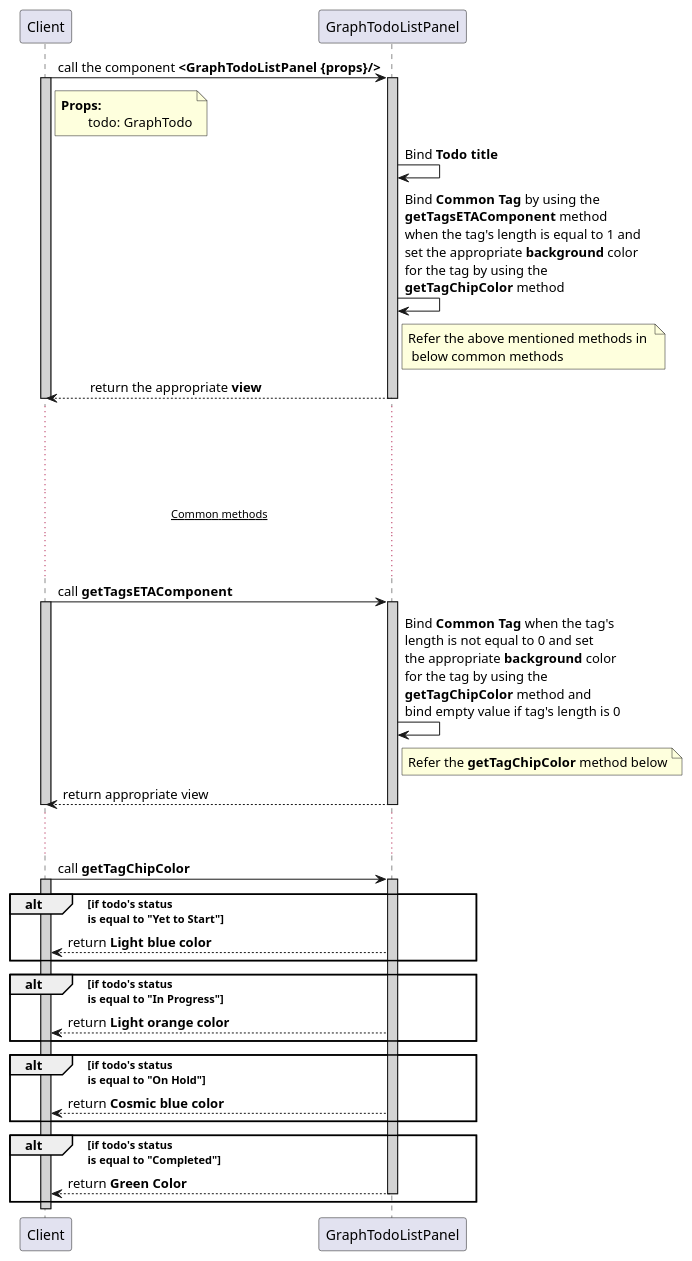
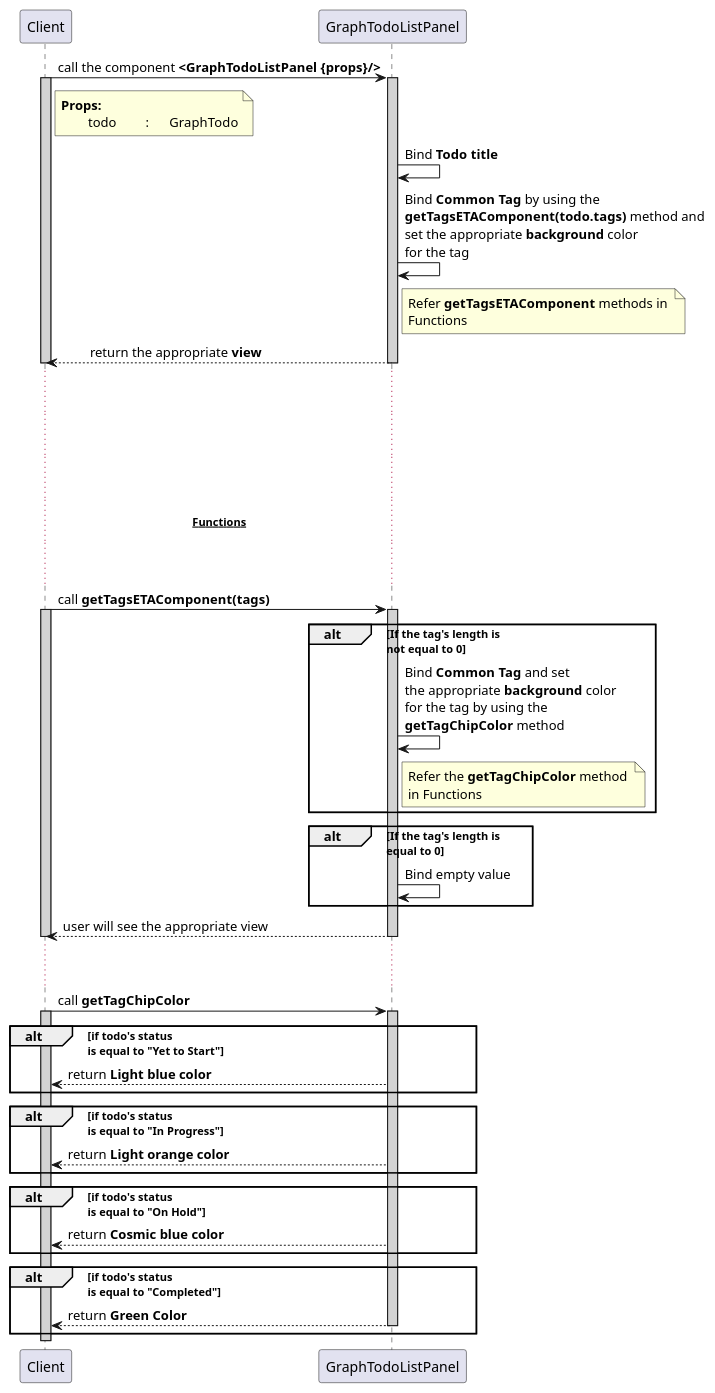
The diagram in frontend/components/graph_todo_list_panel/graph_todo_list_panel.sequence.puml (avasoft-mobility/workday-design), drawn with PlantUML before and after one commit.

Commit message:
Change sentence to if else condition in graph todo list

```diff
--- a/frontend/components/graph_todo_list_panel/graph_todo_list_panel.sequence.puml
+++ b/frontend/components/graph_todo_list_panel/graph_todo_list_panel.sequence.puml
@@ -1,58 +1,67 @@
 @startuml GraphTodoListPanel
 participant Client
 participant GraphTodoListPanel
 
 Client -> GraphTodoListPanel : call the component **<GraphTodoListPanel {props}/>**
 activate Client #D3D3D3
 activate GraphTodoListPanel #D3D3D3
 
-note right of Client:**Props:** \n\ttodo: GraphTodo
+note right of Client:**Props:** \n\ttodo\t : \tGraphTodo
 
 GraphTodoListPanel -> GraphTodoListPanel : Bind **Todo title**
-GraphTodoListPanel -> GraphTodoListPanel : Bind **Common Tag** by using the\n**getTagsETAComponent** method \nwhen the tag's length is equal to 1 and \nset the appropriate **background** color \nfor the tag by using the \n**getTagChipColor** method 
-note right of GraphTodoListPanel : Refer the above mentioned methods in \n below common methods
+
+GraphTodoListPanel -> GraphTodoListPanel : Bind **Common Tag** by using the\n**getTagsETAComponent(todo.tags)** method and \nset the appropriate **background** color \nfor the tag
+note right of GraphTodoListPanel : Refer **getTagsETAComponent** methods in \nFunctions
 
 Client <-- GraphTodoListPanel : \treturn the appropriate **view**
 deactivate GraphTodoListPanel
 deactivate Client
 
 ... ...
 ... ...
-...~~Common methods~~...
+... ...
+...~~**Functions**~~...
 ... ...
 
-Client -> GraphTodoListPanel: call **getTagsETAComponent**
+Client -> GraphTodoListPanel: call **getTagsETAComponent(tags)**
 activate Client #D3D3D3
 activate GraphTodoListPanel #D3D3D3
 
-GraphTodoListPanel -> GraphTodoListPanel : Bind **Common Tag** when the tag's \nlength is not equal to 0 and set \nthe appropriate **background** color \nfor the tag by using the \n**getTagChipColor** method and \nbind empty value if tag's length is 0 
-note right of GraphTodoListPanel : Refer the **getTagChipColor** method below 
-GraphTodoListPanel --> Client: return appropriate view
+alt If the tag's length is \nnot equal to 0
+    GraphTodoListPanel -> GraphTodoListPanel : Bind **Common Tag** and set \nthe appropriate **background** color \nfor the tag by using the \n**getTagChipColor** method
+    note right of GraphTodoListPanel : Refer the **getTagChipColor** method \nin Functions 
+end
+
+alt If the tag's length is \nequal to 0
+    GraphTodoListPanel -> GraphTodoListPanel : Bind empty value
+end
+
+GraphTodoListPanel --> Client: user will see the appropriate view
 deactivate GraphTodoListPanel
 deactivate Client
 ... ...
 
 Client -> GraphTodoListPanel: call **getTagChipColor**
 activate Client #D3D3D3
 activate GraphTodoListPanel #D3D3D3
 
 alt if todo's status \nis equal to "Yet to Start"
     GraphTodoListPanel --> Client : return **Light blue color**
 end
 
 alt if todo's status \nis equal to "In Progress"
     GraphTodoListPanel --> Client : return **Light orange color**
 end
 
 alt if todo's status \nis equal to "On Hold"
     GraphTodoListPanel --> Client : return **Cosmic blue color**
 end
 
 alt if todo's status \nis equal to "Completed"
     GraphTodoListPanel --> Client : return **Green Color**
     deactivate GraphTodoListPanel
 end
 
 deactivate Client
 
 @enduml
```
